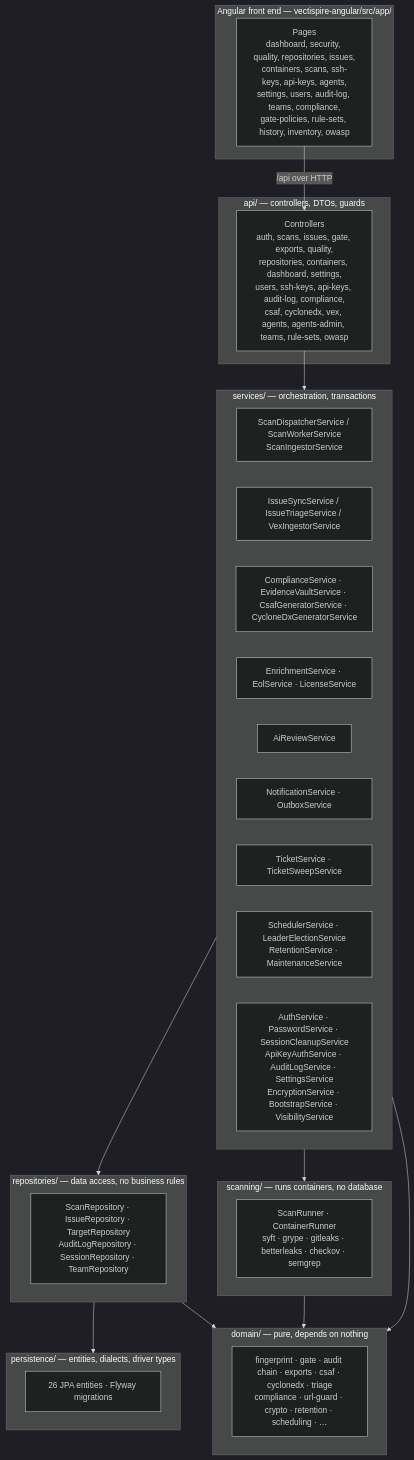
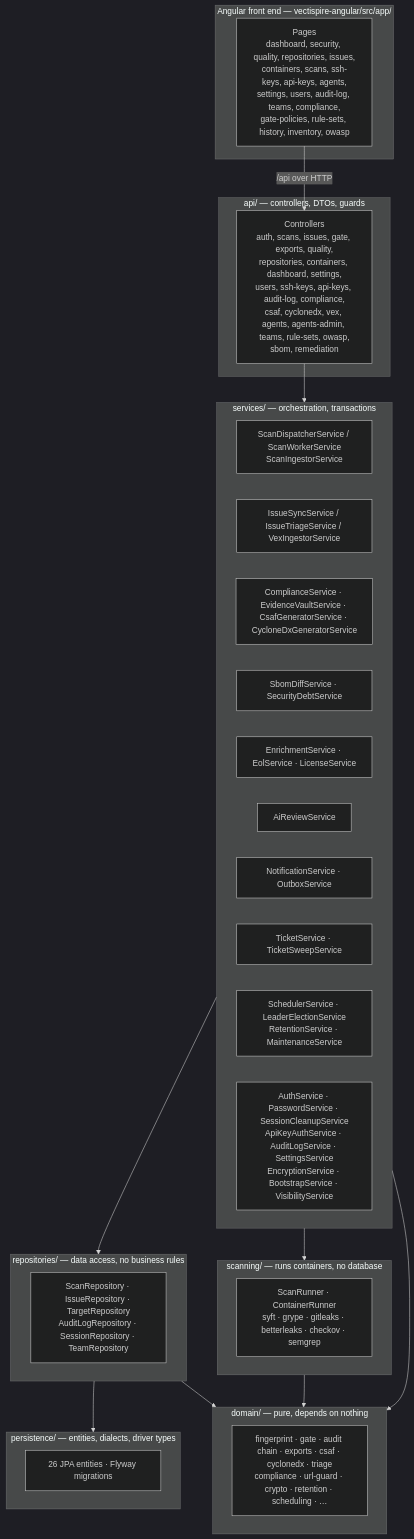
Before and after one commit to asmolabs/vectispire: the first of 3 diagrams in docs/en/TECHNICAL_DOCUMENTATION.md, drawn with Mermaid (dark theme). The commit also changed other lines of this file and 68 other files, not shown here.

````diff
--- a/docs/en/TECHNICAL_DOCUMENTATION.md
+++ b/docs/en/TECHNICAL_DOCUMENTATION.md
@@ -24,47 +24,48 @@
 ```mermaid
 flowchart TB
     subgraph front["Angular front end — vectispire-angular/src/app/"]
         Pages["Pages<br/>dashboard, security, quality, repositories, issues,<br/>containers, scans, ssh-keys, api-keys, agents,<br/>settings, users, audit-log, teams, compliance,<br/>gate-policies, rule-sets, history, inventory, owasp"]
     end
 
     subgraph api["api/ — controllers, DTOs, guards"]
-        Routes["Controllers<br/>auth, scans, issues, gate, exports, quality,<br/>repositories, containers, dashboard, settings,<br/>users, ssh-keys, api-keys, audit-log, compliance,<br/>csaf, cyclonedx, vex, agents, agents-admin, teams, rule-sets, owasp"]
+        Routes["Controllers<br/>auth, scans, issues, gate, exports, quality,<br/>repositories, containers, dashboard, settings,<br/>users, ssh-keys, api-keys, audit-log, compliance,<br/>csaf, cyclonedx, vex, agents, agents-admin, teams, rule-sets, owasp,<br/>sbom, remediation"]
     end
 
     subgraph services["services/ — orchestration, transactions"]
         Scan["ScanDispatcherService / ScanWorkerService<br/>ScanIngestorService"]
         Issue["IssueSyncService / IssueTriageService / VexIngestorService"]
         Comp["ComplianceService · EvidenceVaultService · CsafGeneratorService · CycloneDxGeneratorService"]
+        Remed["SbomDiffService · SecurityDebtService"]
         Enrich["EnrichmentService · EolService · LicenseService"]
         Ai["AiReviewService"]
         Notify["NotificationService · OutboxService"]
         Ticket["TicketService · TicketSweepService"]
         Ops["SchedulerService · LeaderElectionService<br/>RetentionService · MaintenanceService"]
         Auth["AuthService · PasswordService · SessionCleanupService<br/>ApiKeyAuthService · AuditLogService · SettingsService<br/>EncryptionService · BootstrapService · VisibilityService"]
     end
 
     subgraph repos["repositories/ — data access, no business rules"]
         R["ScanRepository · IssueRepository · TargetRepository<br/>AuditLogRepository · SessionRepository · TeamRepository"]
     end
 
     subgraph persistence["persistence/ — entities, dialects, driver types"]
         Ent["26 JPA entities · Flyway migrations"]
     end
 
     subgraph domain["domain/ — pure, depends on nothing"]
         D["fingerprint · gate · audit chain · exports · csaf · cyclonedx · triage<br/>compliance · url-guard · crypto · retention · scheduling · …"]
     end
 
     subgraph scanning["scanning/ — runs containers, no database"]
         S["ScanRunner · ContainerRunner<br/>syft · grype · gitleaks · betterleaks · checkov · semgrep"]
     end
 
     Pages -->|"/api over HTTP"| Routes
     Routes --> services
     services --> repos
     repos --> persistence
     services --> scanning
     services --> domain
     repos --> domain
     scanning --> domain
 ```
````
